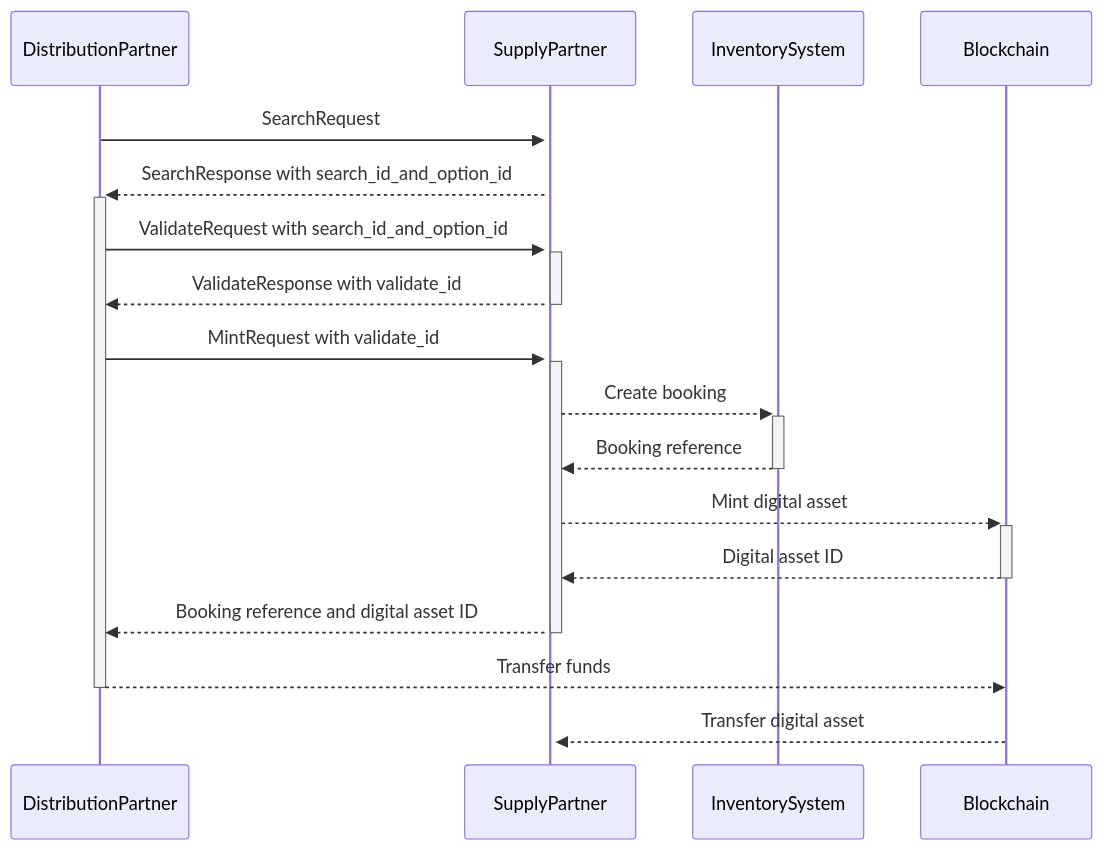
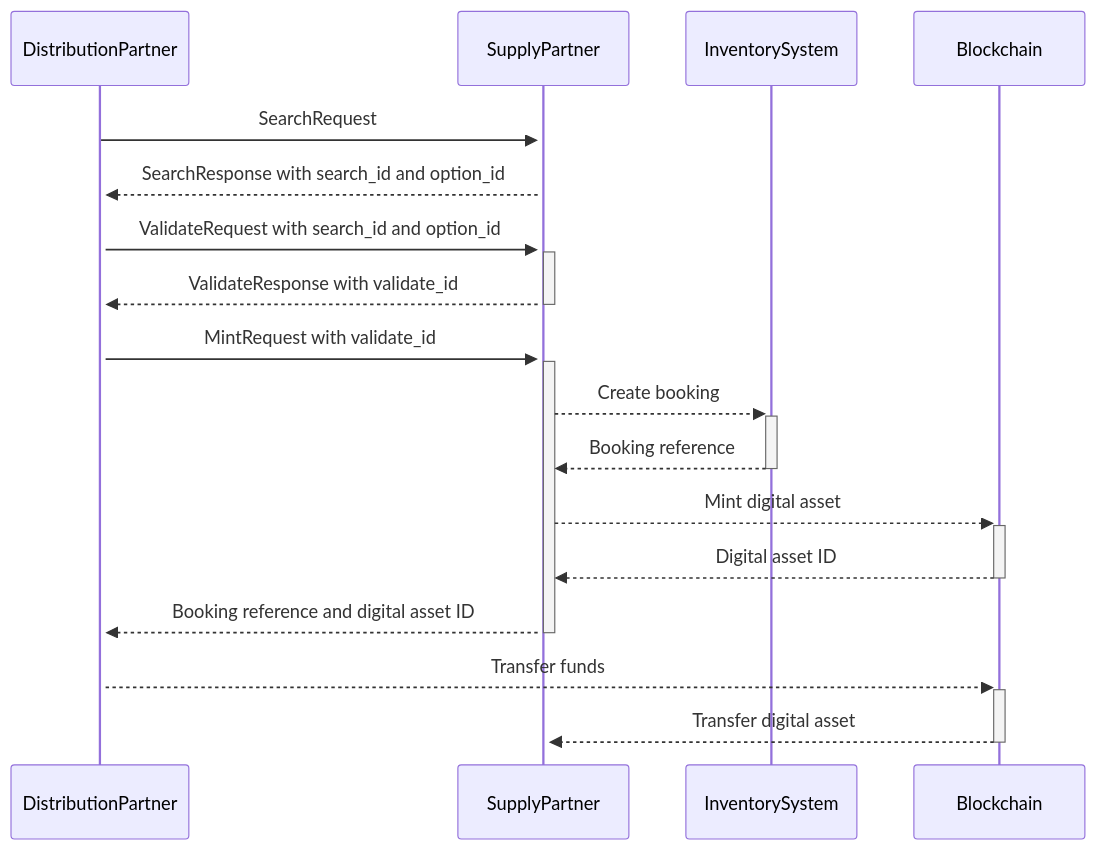
One commit to chain4travel/camino-docs changed the third of 4 diagrams in docs/camino-messenger/introduction.md. Above: the diagram before and after it, drawn with Mermaid. The commit also changed other lines of this file and 1 other file, not shown here.

````diff
--- a/docs/camino-messenger/introduction.md
+++ b/docs/camino-messenger/introduction.md
@@ -146,15 +146,15 @@
 ```mermaid
 sequenceDiagram
     DistributionPartner->>+SupplyPartner: SearchRequest
-    SupplyPartner-->>+DistributionPartner: SearchResponse with search_id_and_option_id
-    DistributionPartner->>+SupplyPartner: ValidateRequest with search_id_and_option_id
+    SupplyPartner-->>+DistributionPartner: SearchResponse with search_id and option_id
+    DistributionPartner->>+SupplyPartner: ValidateRequest with search_id and option_id
     SupplyPartner-->>-DistributionPartner: ValidateResponse with validate_id
     DistributionPartner->>+SupplyPartner: MintRequest with validate_id
     SupplyPartner-->>+InventorySystem: Create booking
     InventorySystem-->>-SupplyPartner: Booking reference
     SupplyPartner-->>+Blockchain: Mint digital asset
     Blockchain-->>-SupplyPartner: Digital asset ID
     SupplyPartner-->>-DistributionPartner: Booking reference and digital asset ID
-    DistributionPartner-->>-Blockchain: Transfer funds
-    Blockchain-->>+SupplyPartner: Transfer digital asset
+    DistributionPartner-->>+Blockchain: Transfer funds
+    Blockchain-->>-SupplyPartner: Transfer digital asset
 ```
````
